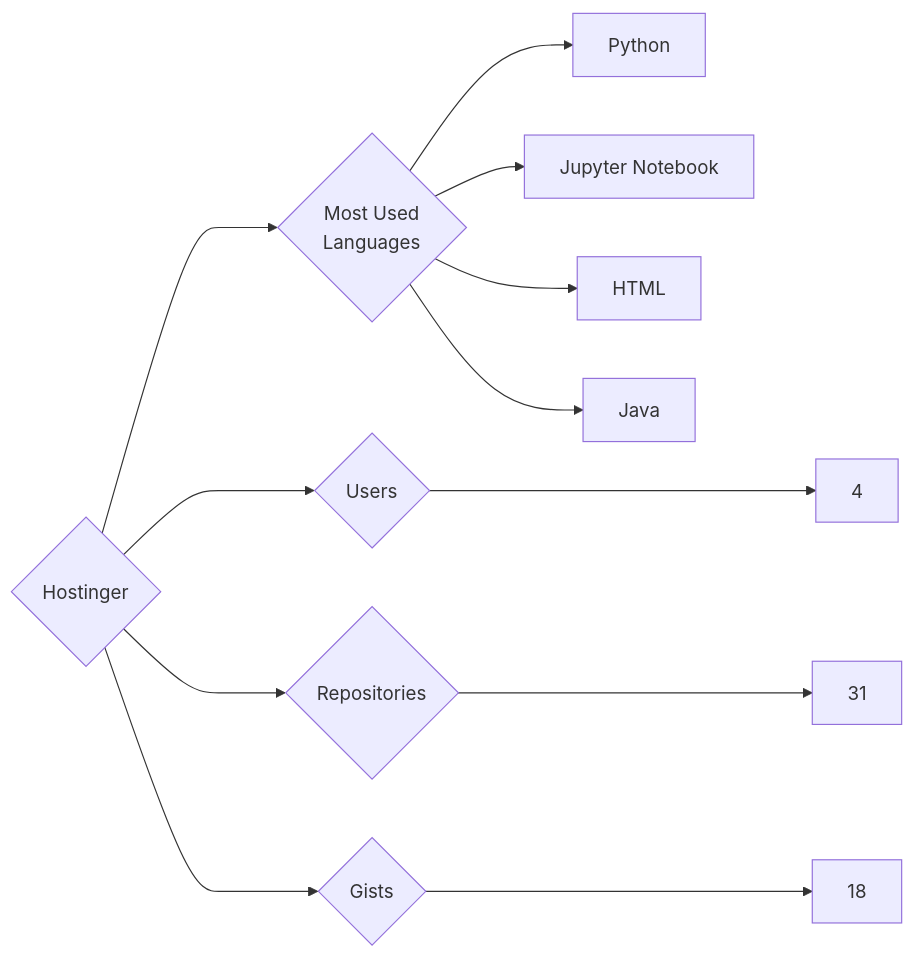
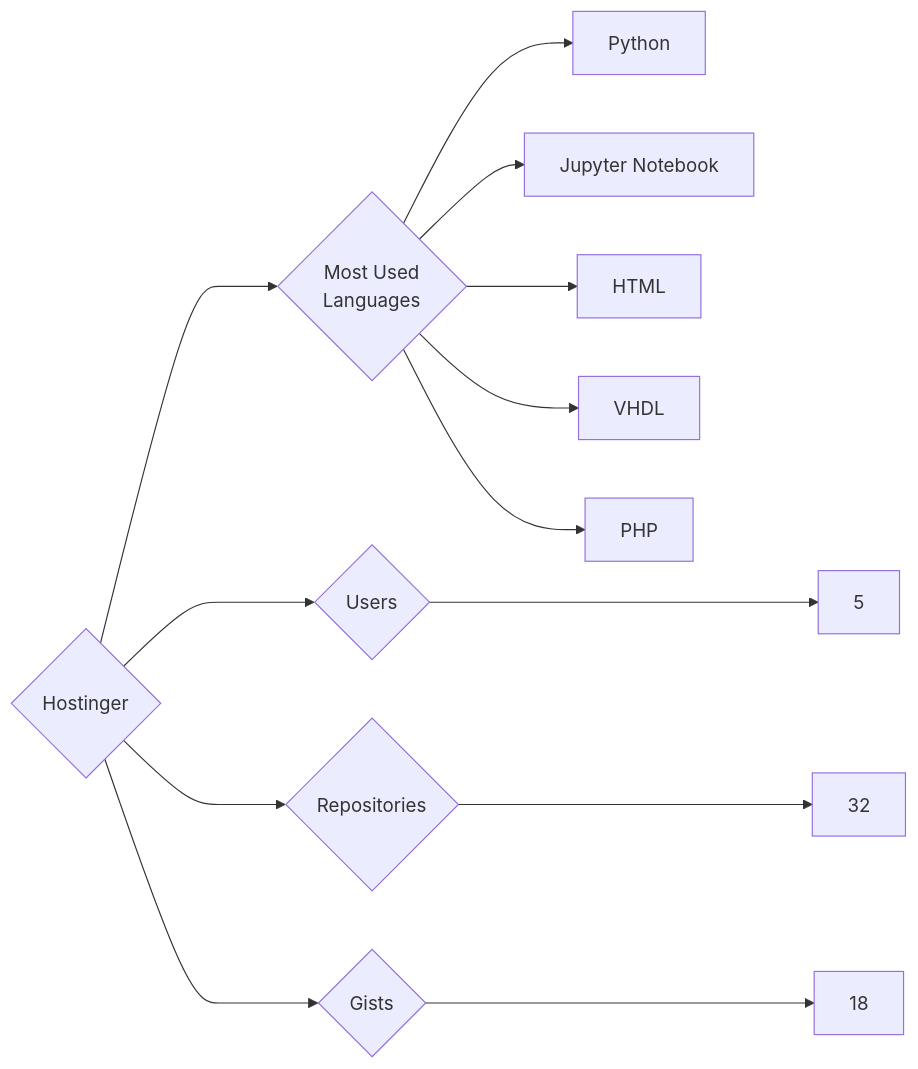
The diagram in targets/Hostinger/README.md (trickest/insiders), drawn with Mermaid before and after one commit. The commit also changed 1023 other files, not shown here.

````diff
--- a/targets/Hostinger/README.md
+++ b/targets/Hostinger/README.md
@@ -3,12 +3,13 @@
 ```mermaid
 graph LR
 COMPANY_NAME{Hostinger}
-COMPANY_NAME ---> U{Users} ---> UN[4]
-COMPANY_NAME ---> R{Repositories} ---> RN[31]
+COMPANY_NAME ---> U{Users} ---> UN[5]
+COMPANY_NAME ---> R{Repositories} ---> RN[32]
 COMPANY_NAME ---> G{Gists} ---> GN[18]
 COMPANY_NAME ---> ML{Most Used<br>Languages}
 ML --> Python[Python]
 ML --> Jupyter_Notebook[Jupyter Notebook]
 ML --> HTML[HTML]
-ML --> Java[Java]
+ML --> VHDL[VHDL]
+ML --> PHP[PHP]
 ```
````
